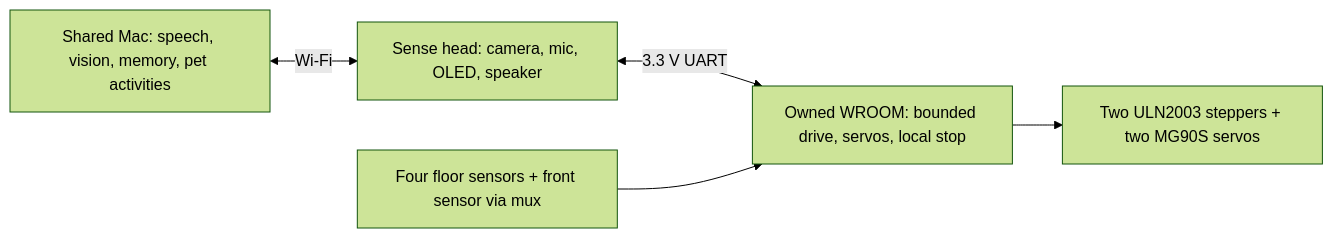
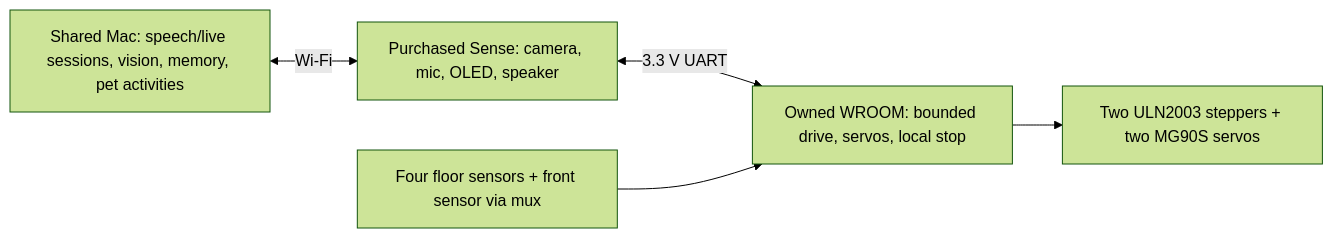
Before and after one commit to hungngodev/desk-robot-remix: the diagram in PLAN.md, drawn with Mermaid (forest theme). The commit also changed other lines of this file and 40 other files, not shown here.

Commit message:
Keep purchased Sense and add realtime conversation foundation

````diff
--- a/PLAN.md
+++ b/PLAN.md
@@ -70,7 +87,7 @@
 ```mermaid
 flowchart LR
-  Mac[Shared Mac: speech, vision, memory, pet activities] <-->|Wi-Fi| Head[Sense head: camera, mic, OLED, speaker]
+  Mac[Shared Mac: speech/live sessions, vision, memory, pet activities] <-->|Wi-Fi| Head[Purchased Sense: camera, mic, OLED, speaker]
   Head <-->|3.3 V UART| Body[Owned WROOM: bounded drive, servos, local stop]
   Floor[Four floor sensors + front sensor via mux] --> Body
   Body --> Drive[Two ULN2003 steppers + two MG90S servos]
 ```
````
